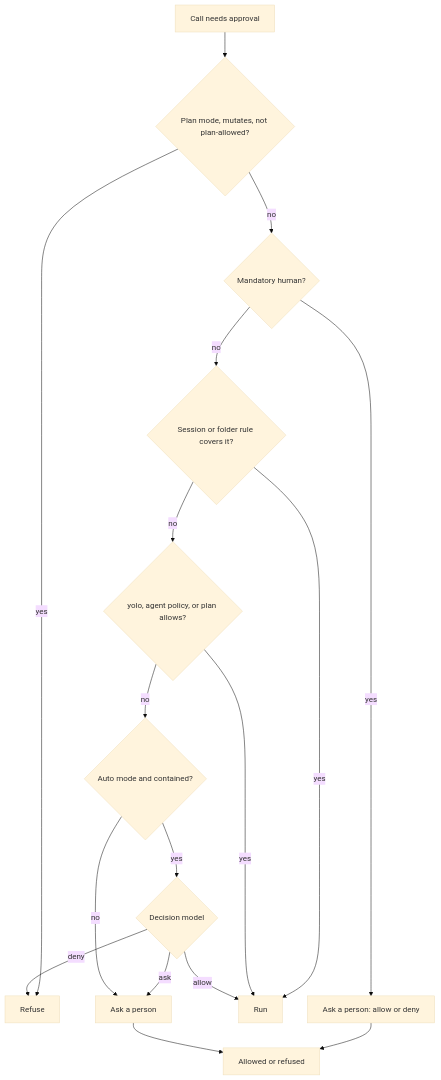
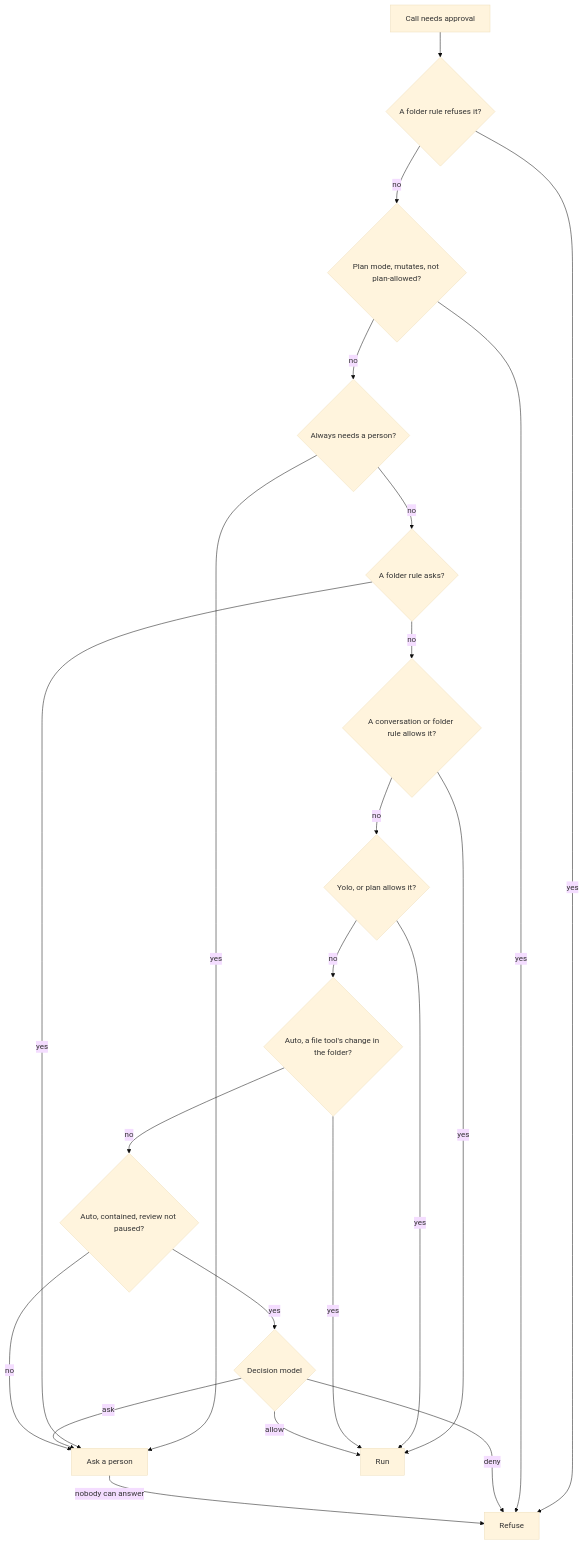
The diagram in docs/architecture/tools.md (timongentzsch/uAgent), drawn with Mermaid (base theme) before and after one commit. The commit also changed other lines of this file and 9 other files, not shown here.

````diff
--- a/docs/architecture/tools.md
+++ b/docs/architecture/tools.md
@@ -60,19 +62,24 @@
 ```mermaid
 flowchart TD
-  A[Call needs approval] --> E{Plan mode, mutates, not plan-allowed?}
-  E -- yes --> NO[Refuse]
-  E -- no --> B{Mandatory human?}
-  B -- yes --> P1[Ask a person: allow or deny]
-  B -- no --> C{Session or folder rule covers it?}
-  C -- yes --> OK[Run]
-  C -- no --> D{yolo, agent policy, or plan allows?}
-  D -- yes --> OK
-  D -- no --> F{Auto mode and contained?}
-  F -- yes --> G{Decision model}
+  A[Call needs approval] --> D1{A folder rule refuses it?}
+  D1 -- yes --> NO[Refuse]
+  D1 -- no --> PL{Plan mode, mutates, not plan-allowed?}
+  PL -- yes --> NO
+  PL -- no --> M{Always needs a person?}
+  M -- yes --> P[Ask a person]
+  M -- no --> AR{A folder rule asks?}
+  AR -- yes --> P
+  AR -- no --> R{A conversation or folder rule allows it?}
+  R -- yes --> OK[Run]
+  R -- no --> Y{Yolo, or plan allows it?}
+  Y -- yes --> OK
+  Y -- no --> E{Auto, a file tool's change in the folder?}
+  E -- yes --> OK
+  E -- no --> J{Auto, contained, review not paused?}
+  J -- yes --> G{Decision model}
   G -- allow --> OK
   G -- deny --> NO
-  G -- ask --> P2[Ask a person]
-  F -- no --> P2
-  P1 --> R[Allowed or refused]
-  P2 --> R
+  G -- ask --> P
+  J -- no --> P
+  P -- nobody can answer --> NO
 ```
````
